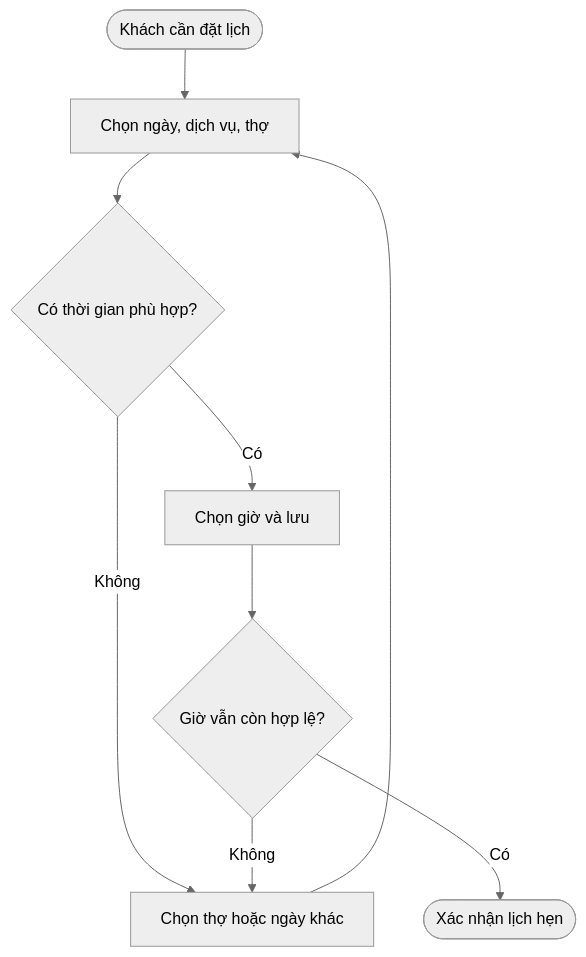
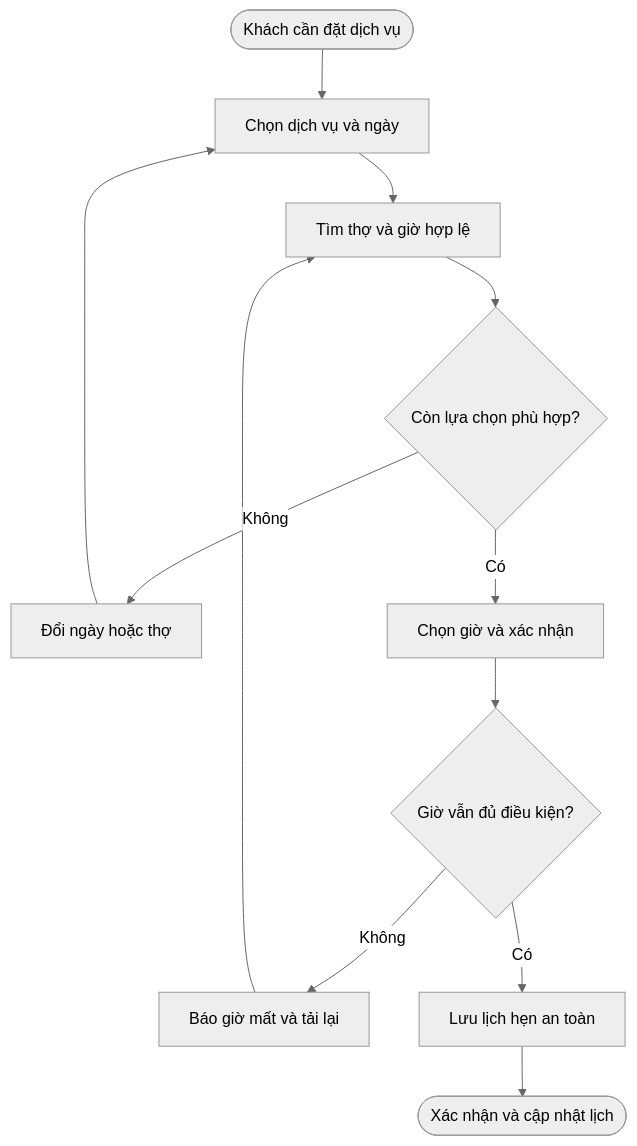
Before and after one commit to vlink-group/VlinkPay: the sixth of 10 diagrams in nexora/docs/business/pos-staff-schedule-booking-frontend-upgrade.md, drawn with Mermaid (neutral theme). The commit also changed other lines of this file, not shown here.

````diff
--- a/nexora/docs/business/pos-staff-schedule-booking-frontend-upgrade.md
+++ b/nexora/docs/business/pos-staff-schedule-booking-frontend-upgrade.md
@@ -240,11 +303,14 @@
 ```mermaid
 flowchart TD
-    A([Khách cần đặt lịch]) --> B[Chọn ngày, dịch vụ, thợ]
-    B --> C{Có thời gian phù hợp?}
-    C -- Không --> D[Chọn thợ hoặc ngày khác]
-    D --> B
-    C -- Có --> E[Chọn giờ và lưu]
-    E --> F{Giờ vẫn còn hợp lệ?}
-    F -- Không --> D
-    F -- Có --> G([Xác nhận lịch hẹn])
+    A([Khách cần đặt dịch vụ]) --> B[Chọn dịch vụ và ngày]
+    B --> C[Tìm thợ và giờ hợp lệ]
+    C --> D{Còn lựa chọn phù hợp?}
+    D -- Không --> E[Đổi ngày hoặc thợ]
+    E --> B
+    D -- Có --> F[Chọn giờ và xác nhận]
+    F --> G{Giờ vẫn đủ điều kiện?}
+    G -- Không --> H[Báo giờ mất và tải lại]
+    H --> C
+    G -- Có --> I[Lưu lịch hẹn an toàn]
+    I --> J([Xác nhận và cập nhật lịch])
 ```
````
